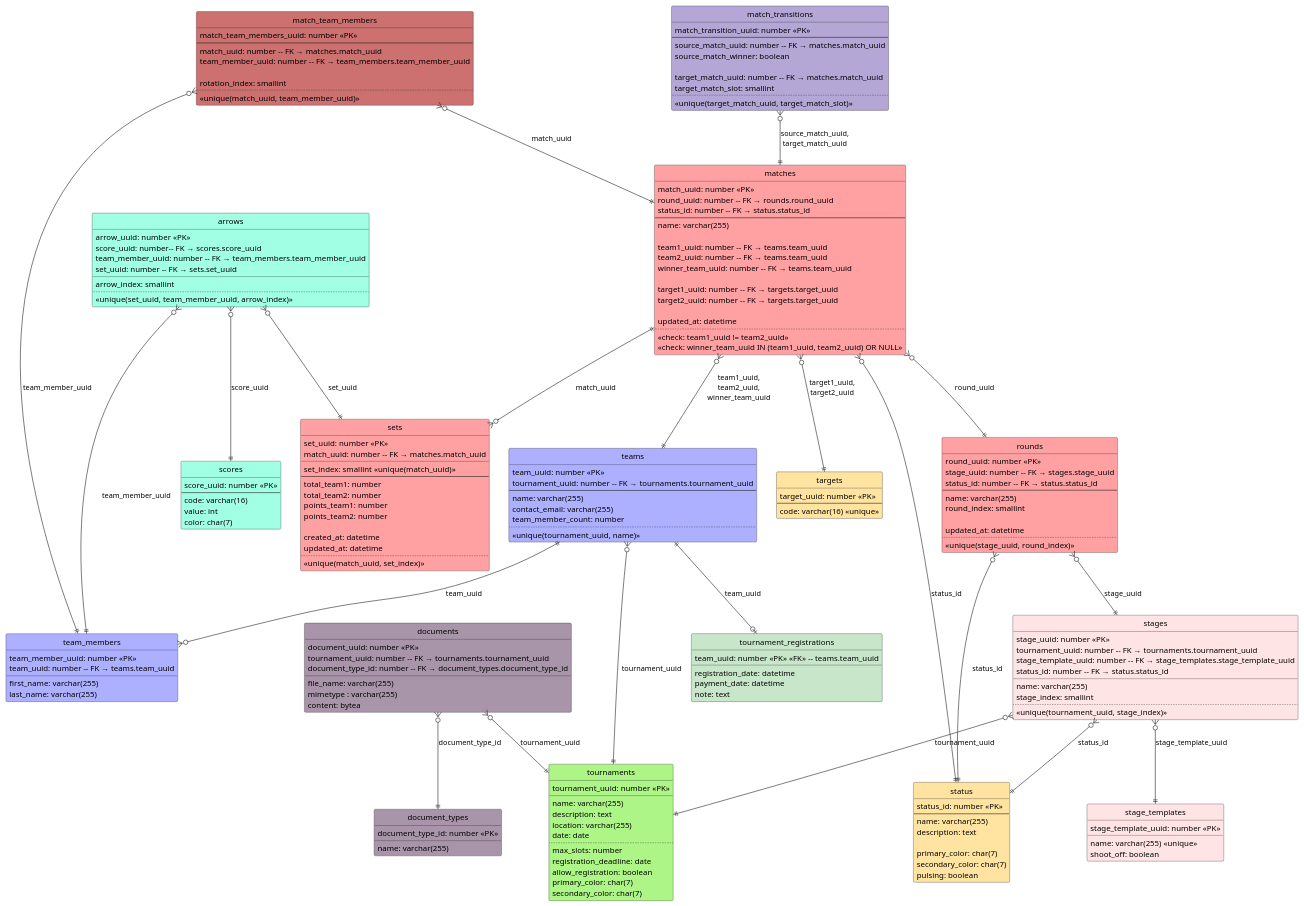
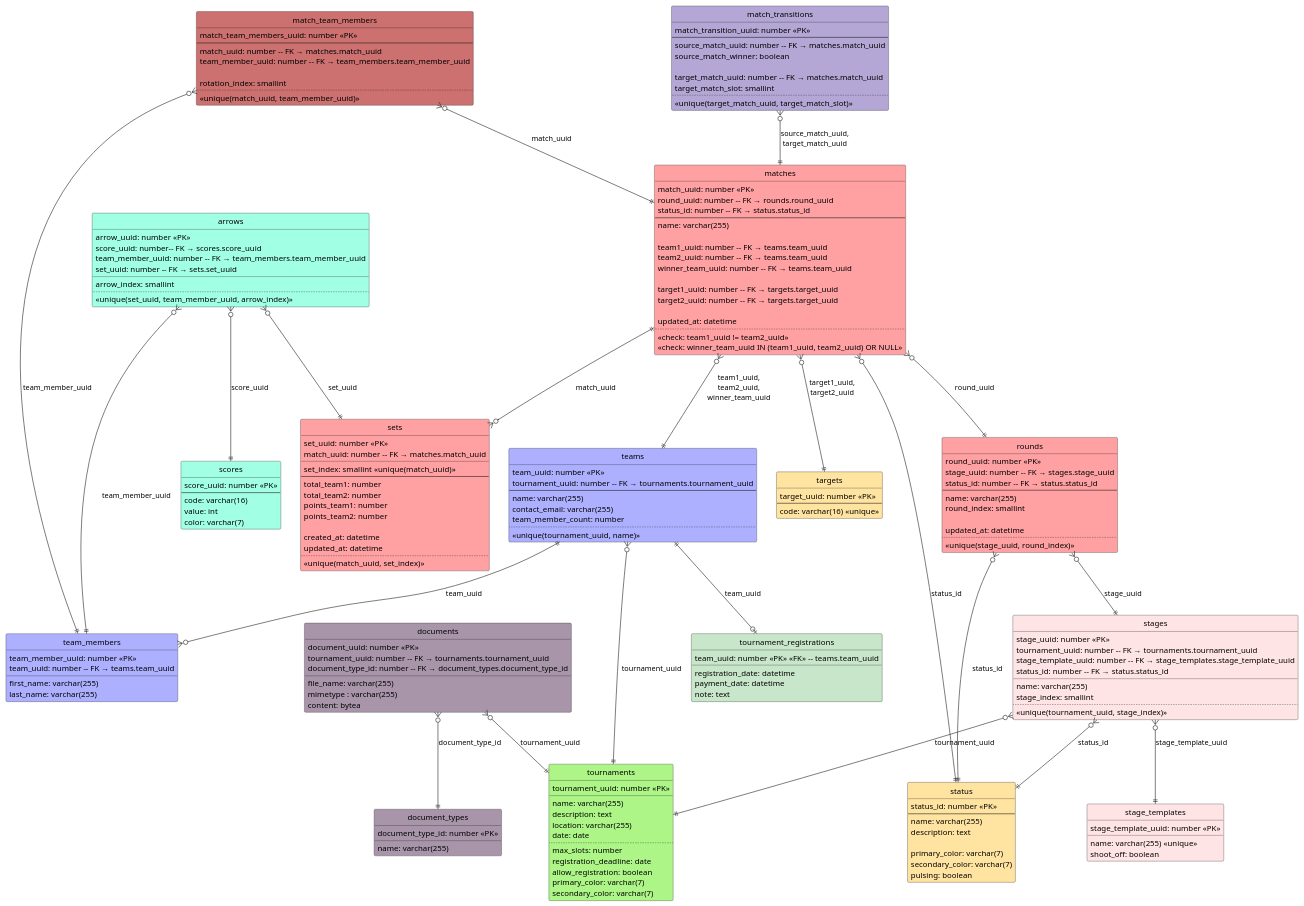
The diagram in structure.puml (SV-Scherenbostel-Bogensport/archery-team-tournament-backend), drawn with PlantUML before and after one commit. The commit also changed 5 other files, not shown here.

```diff
--- a/structure.puml
+++ b/structure.puml
@@ -14,8 +14,8 @@
     max_slots: number
     registration_deadline: date
     allow_registration: boolean
-    primary_color: char(7)
-    secondary_color: char(7)
+    primary_color: varchar(7)
+    secondary_color: varchar(7)
 }
 
 entity "tournament_registrations" as tournament_registrations #c8e6c9 {
@@ -162,7 +162,7 @@
     --
     code: varchar(16)
     value: int
-    color: char(7)
+    color: varchar(7)
 }
 
 
@@ -175,8 +175,8 @@
     name: varchar(255)
     description: text
 
-    primary_color: char(7)
-    secondary_color: char(7)
+    primary_color: varchar(7)
+    secondary_color: varchar(7)
     pulsing: boolean
 }
 
```
